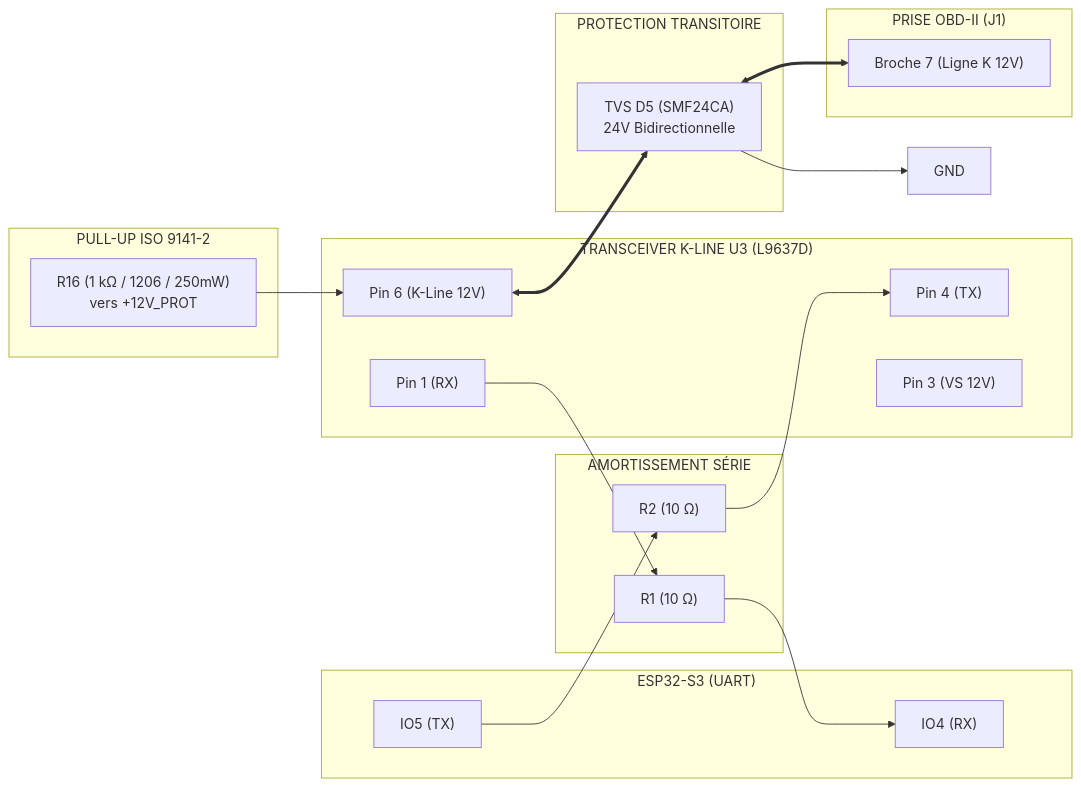
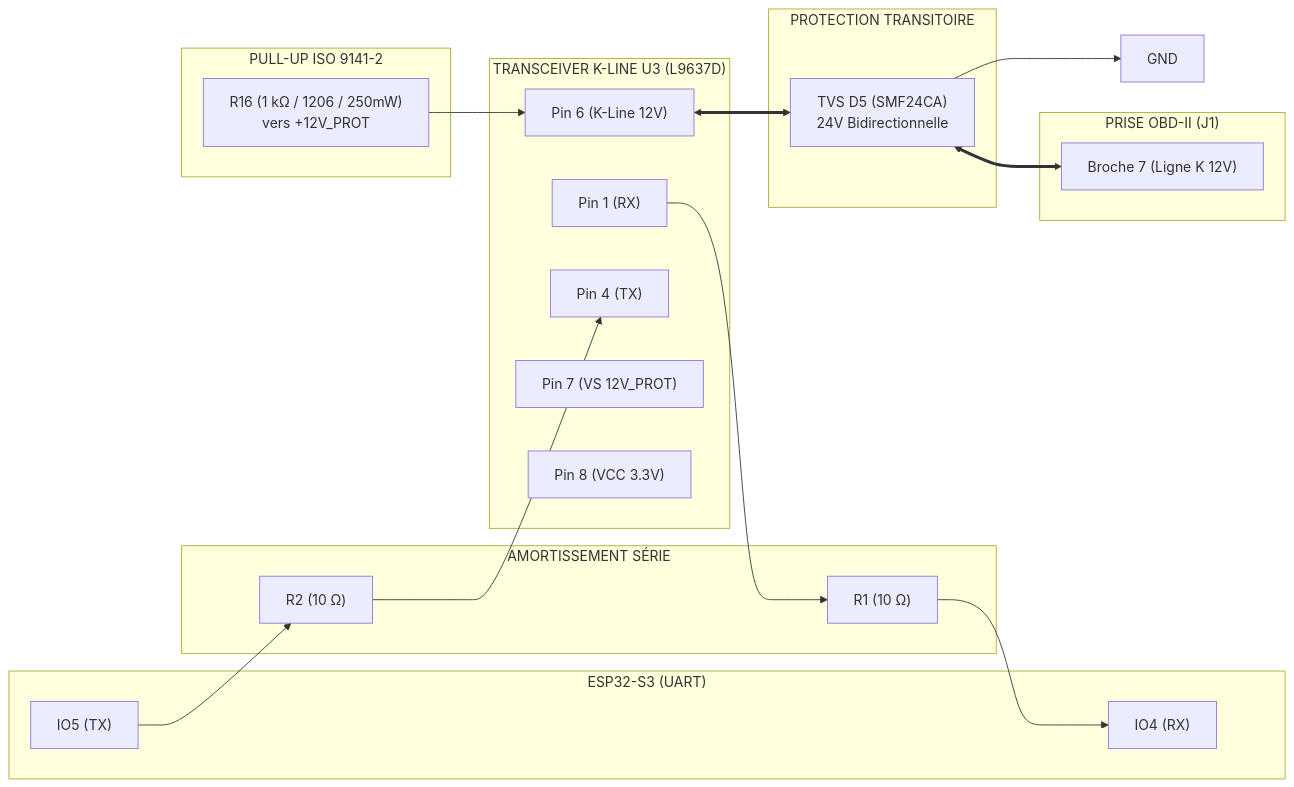
One commit to nitrogene/OBD2 changed the seventh of 9 diagrams in HARDWARE.md. Above: the diagram before and after it, drawn with Mermaid. The commit also changed other lines of this file and 28 other files, not shown here.

````diff
--- a/HARDWARE.md
+++ b/HARDWARE.md
@@ -338,49 +342,50 @@
 ```mermaid
 %%{init: {
   'themeVariables': {
     'fontFamily': 'Consolas, "Courier New", monospace',
     'fontSize': '12px'
   },
   'flowchart': {
     'curve': 'stepBefore',
     'nodeSpacing': 20,
     'rankSpacing': 30
   }
 }}%%
 flowchart LR
     subgraph MCU["ESP32-S3 (UART)"]
         MCU_TX["IO5 (TX)"]
         MCU_RX["IO4 (RX)"]
     end
 
     subgraph DAMPING["AMORTISSEMENT SÉRIE"]
         R2["R2 (10 Ω)"]
         R1["R1 (10 Ω)"]
     end
 
     subgraph K_IC["TRANSCEIVER K-LINE U3 (L9637D)"]
         K_TX["Pin 4 (TX)"]
         K_RX["Pin 1 (RX)"]
         K_PIN["Pin 6 (K-Line 12V)"]
-        K_VS["Pin 3 (VS 12V)"]
+        K_VS["Pin 7 (VS 12V_PROT)"]
+        K_VCC["Pin 8 (VCC 3.3V)"]
     end
 
     subgraph PULLUP["PULL-UP ISO 9141-2"]
         R16["R16 (1 kΩ / 1206 / 250mW)\nvers +12V_PROT"]
     end
 
     subgraph PROT_K["PROTECTION TRANSITOIRE"]
         D5["TVS D5 (SMF24CA)\n24V Bidirectionnelle"]
     end
 
     subgraph OBD_CONN["PRISE OBD-II (J1)"]
         PIN7["Broche 7 (Ligne K 12V)"]
     end
 
     MCU_TX --> R2 --> K_TX
     K_RX --> R1 --> MCU_RX
     R16 --> K_PIN
     K_PIN <==> D5
     D5 --> GND_K["GND"]
     D5 <==> PIN7
 ```
````
